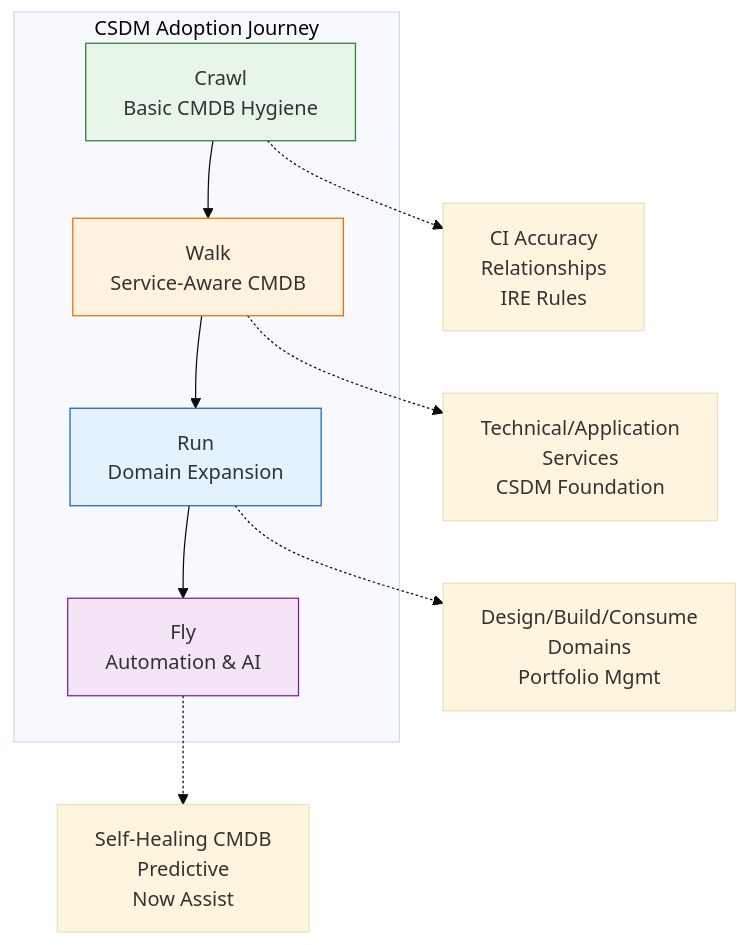
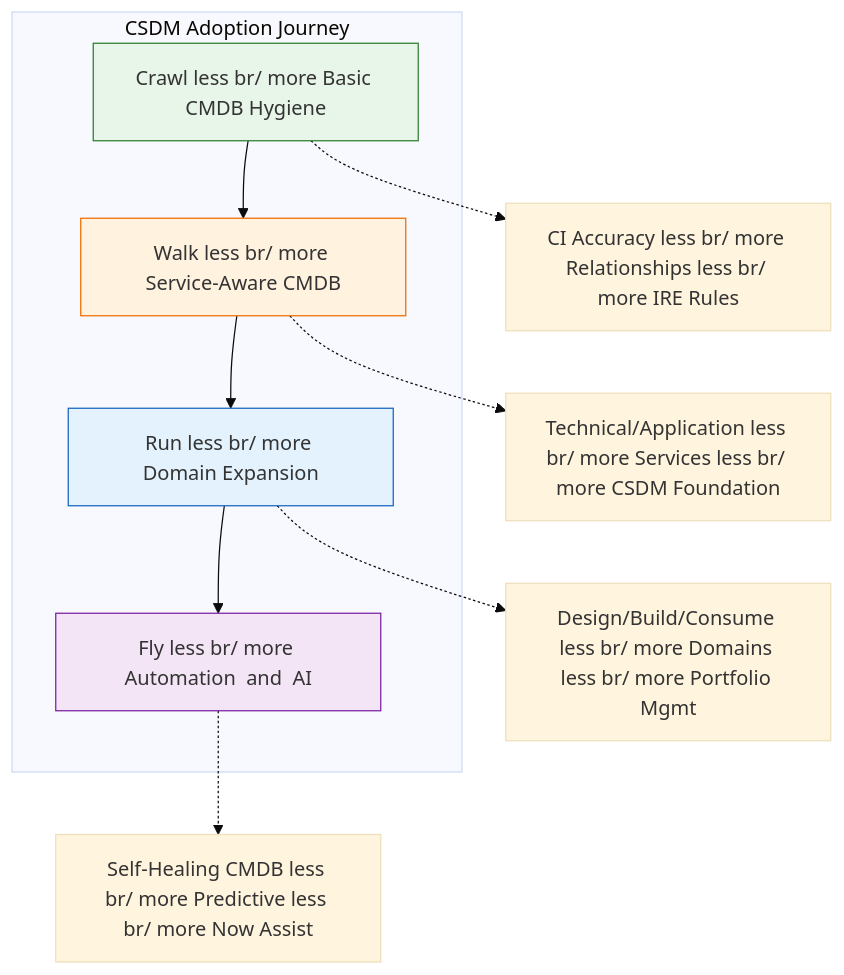
Before and after one commit to eltonaguiar/ServiceNow_Learning_TSOM-_CSM_FSM_SalesCRM_HAM_ITSM: the fourth of 22 diagrams in docs/modules/cmdb/cmdb-guide.md, drawn with Mermaid (base theme). The commit also changed other lines of this file and 19 other files, not shown here.

Commit message:
Fix all Mermaid diagram special characters - replace dollar, parens, slashes, quotes, pipes, nested brackets and other unsafe chars inside brackets with safe alternatives across 19 files

````diff
--- a/docs/modules/cmdb/cmdb-guide.md
+++ b/docs/modules/cmdb/cmdb-guide.md
@@ -462,18 +462,18 @@
 ```mermaid
 flowchart TD
     subgraph "CSDM Adoption Journey"
-        Crawl[Crawl<br/>Basic CMDB Hygiene] --> Walk[Walk<br/>Service-Aware CMDB]
-        Walk --> Run[Run<br/>Domain Expansion]
-        Run --> Fly[Fly<br/>Automation & AI]
+        Crawl[Crawl less br/ more Basic CMDB Hygiene] --> Walk[Walk less br/ more Service-Aware CMDB]
+        Walk --> Run[Run less br/ more Domain Expansion]
+        Run --> Fly[Fly less br/ more Automation  and  AI]
     end
     
-    Crawl -.-> CI[CI Accuracy<br/>Relationships<br/>IRE Rules]
-    Walk -.-> Svc[Technical/Application<br/>Services<br/>CSDM Foundation]
-    Run -.-> Dom[Design/Build/Consume<br/>Domains<br/>Portfolio Mgmt]
-    Fly -.-> AI[Self-Healing CMDB<br/>Predictive<br/>Now Assist]
+    Crawl -.-> CI[CI Accuracy less br/ more Relationships less br/ more IRE Rules]
+    Walk -.-> Svc[Technical/Application less br/ more Services less br/ more CSDM Foundation]
+    Run -.-> Dom[Design/Build/Consume less br/ more Domains less br/ more Portfolio Mgmt]
+    Fly -.-> AI[Self-Healing CMDB less br/ more Predictive less br/ more Now Assist]
     
     style Crawl fill:#e8f5e9,stroke:#2e7d32
     style Walk fill:#fff3e0,stroke:#ef6c00
     style Run fill:#e3f2fd,stroke:#1565c0
     style Fly fill:#f3e5f5,stroke:#7b1fa2
 ```
````
